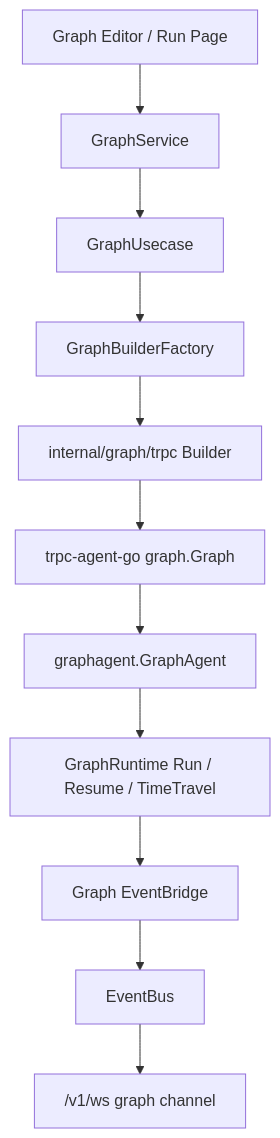
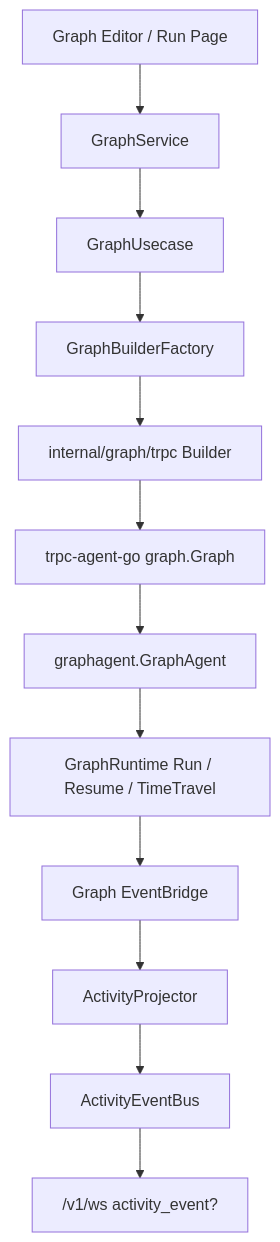
The fourth of 8 diagrams in docs/development/0-system-diagram.md (AmarsDing/aranea-agents), drawn with Mermaid before and after one commit. The commit also changed other lines of this file and 51 other files, not shown here.

````diff
--- a/docs/development/0-system-diagram.md
+++ b/docs/development/0-system-diagram.md
@@ -183,13 +188,14 @@
 ```mermaid
 flowchart TB
   FE["Graph Editor / Run Page"] --> GS["GraphService"]
   GS --> GUC["GraphUsecase"]
   GUC --> Factory["GraphBuilderFactory"]
   Factory --> Builder["internal/graph/trpc Builder"]
   Builder --> Graph["trpc-agent-go graph.Graph"]
   Graph --> Agent["graphagent.GraphAgent"]
   Agent --> Runtime["GraphRuntime Run / Resume / TimeTravel"]
   Runtime --> Bridge["Graph EventBridge"]
-  Bridge --> EB["EventBus"]
-  EB --> WS["/v1/ws graph channel"]
+  Bridge --> AP["ActivityProjector"]
+  AP --> AEB["ActivityEventBus"]
+  AEB --> WS["/v1/ws activity_event?"]
 ```
````
